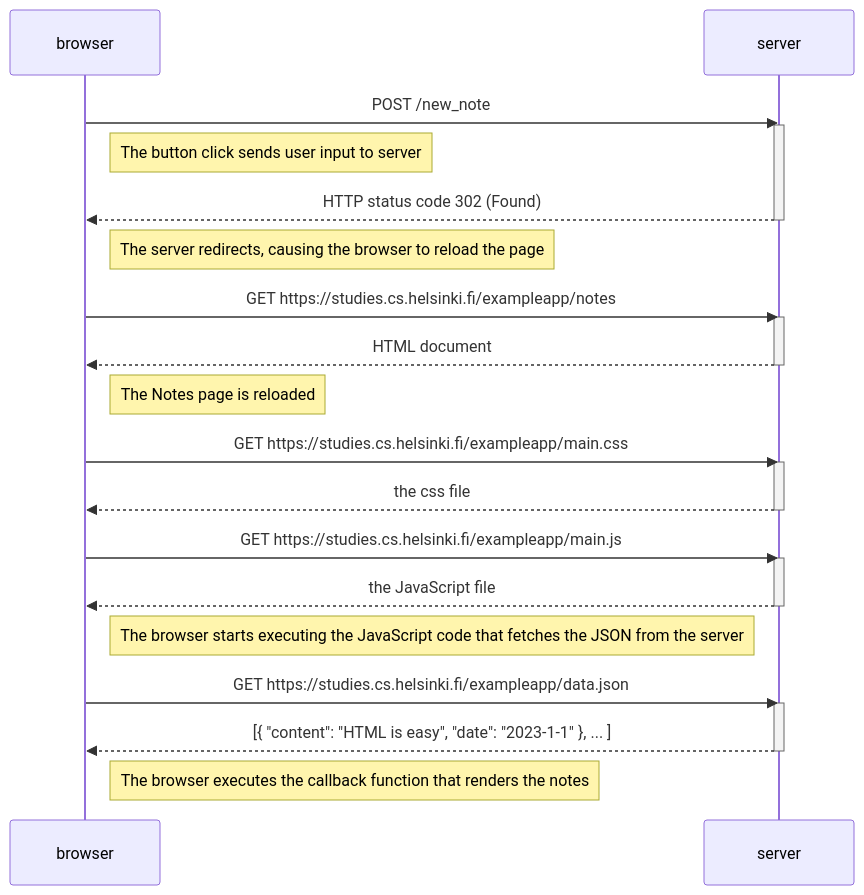
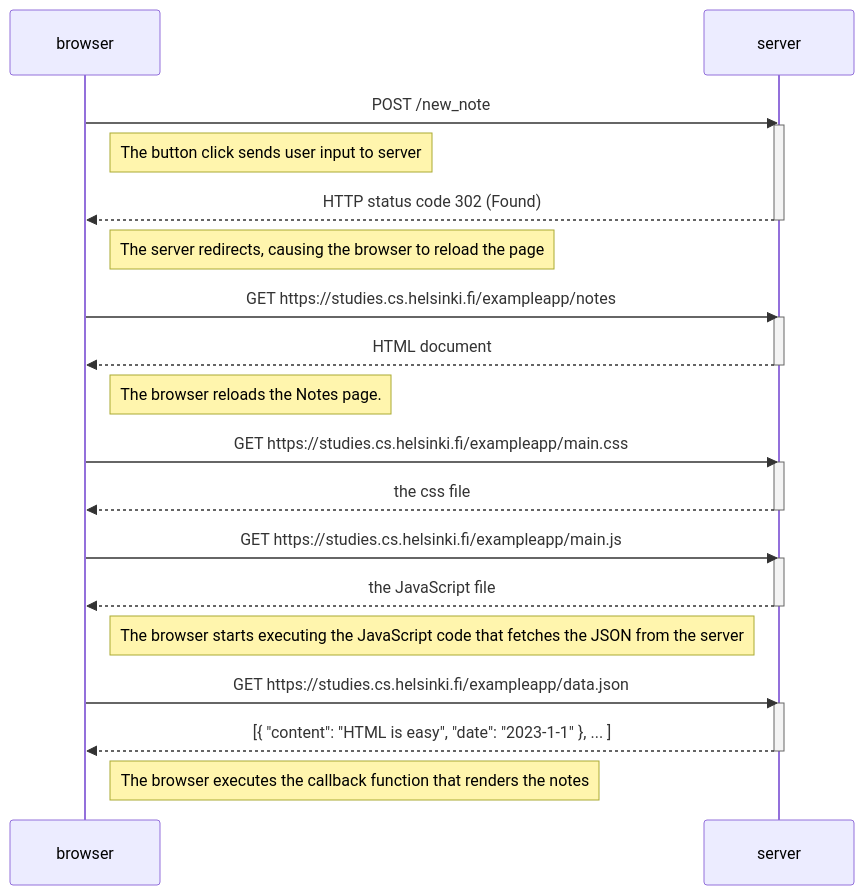
One commit to daniellandsman1/full-stack-open changed the diagram in part0/exercise-0.4.md. Above: the diagram before and after it, drawn with Mermaid.

````diff
--- a/part0/exercise-0.4.md
+++ b/part0/exercise-0.4.md
@@ -4,41 +4,41 @@
 ```mermaid
 sequenceDiagram
     participant browser
     participant server
 
     browser->>server: POST /new_note
     activate server
 
     Note right of browser: The button click sends user input to server
 
     server-->>browser: HTTP status code 302 (Found)
     deactivate server
 
     Note right of browser: The server redirects, causing the browser to reload the page
 
     browser->>server: GET https://studies.cs.helsinki.fi/exampleapp/notes
     activate server
     server-->>browser: HTML document
     deactivate server
 
-    Note right of browser: The Notes page is reloaded
+    Note right of browser: The browser reloads the Notes page.
 
     browser->>server: GET https://studies.cs.helsinki.fi/exampleapp/main.css
     activate server
     server-->>browser: the css file
     deactivate server
 
     browser->>server: GET https://studies.cs.helsinki.fi/exampleapp/main.js
     activate server
     server-->>browser: the JavaScript file
     deactivate server
 
     Note right of browser: The browser starts executing the JavaScript code that fetches the JSON from the server
 
     browser->>server: GET https://studies.cs.helsinki.fi/exampleapp/data.json
     activate server
     server-->>browser: [{ "content": "HTML is easy", "date": "2023-1-1" }, ... ]
     deactivate server
 
     Note right of browser: The browser executes the callback function that renders the notes
 ```
````
